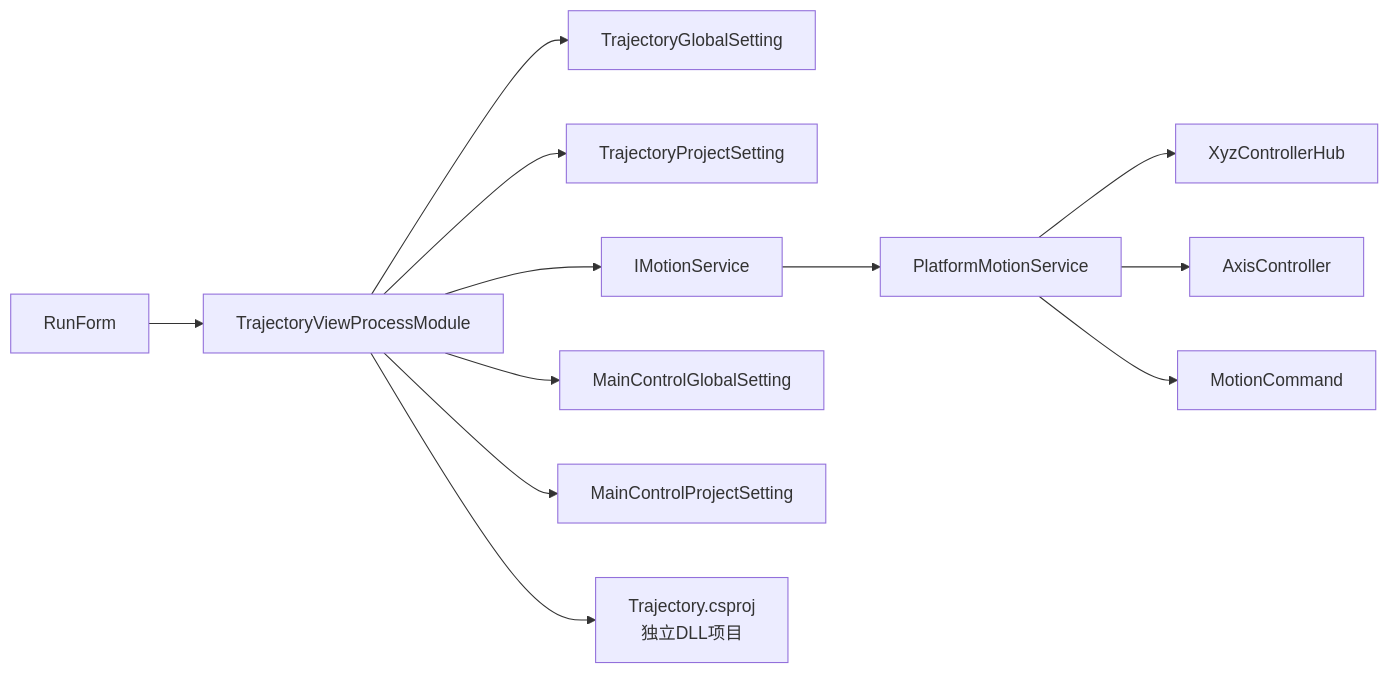
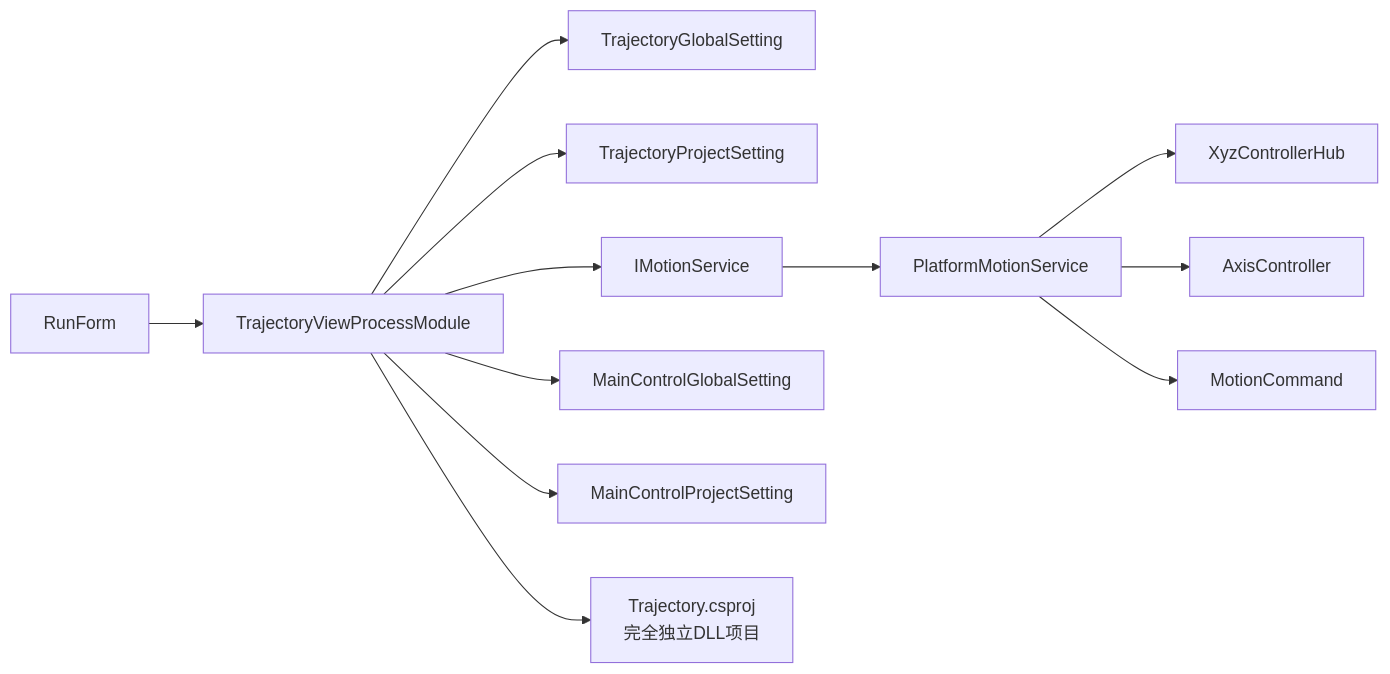
The tenth of 10 diagrams in .qoder/repowiki/zh/content/核心功能模块/轨迹规划模块 (Trajectory).md (fuweiq94-cloud/339918076), drawn with Mermaid before and after one commit. The commit also changed other lines of this file and 84 other files, not shown here.

````diff
--- a/.qoder/repowiki/zh/content/核心功能模块/轨迹规划模块 (Trajectory).md
+++ b/.qoder/repowiki/zh/content/核心功能模块/轨迹规划模块 (Trajectory).md
@@ -448,14 +446,14 @@
 ```mermaid
 graph LR
 RF["RunForm"] --> TPM["TrajectoryViewProcessModule"]
 TPM --> TGS["TrajectoryGlobalSetting"]
 TPM --> TPS["TrajectoryProjectSetting"]
 TPM --> IMS["IMotionService"]
 IMS --> PMS["PlatformMotionService"]
 PMS --> XYZ["XyzControllerHub"]
 PMS --> AX["AxisController"]
 PMS --> MC["MotionCommand"]
 TPM --> MGS["MainControlGlobalSetting"]
 TPM --> MPS["MainControlProjectSetting"]
-TPM --> PROJ["Trajectory.csproj<br/>独立DLL项目"]
+TPM --> PROJ["Trajectory.csproj<br/>完全独立DLL项目"]
 ```
````
